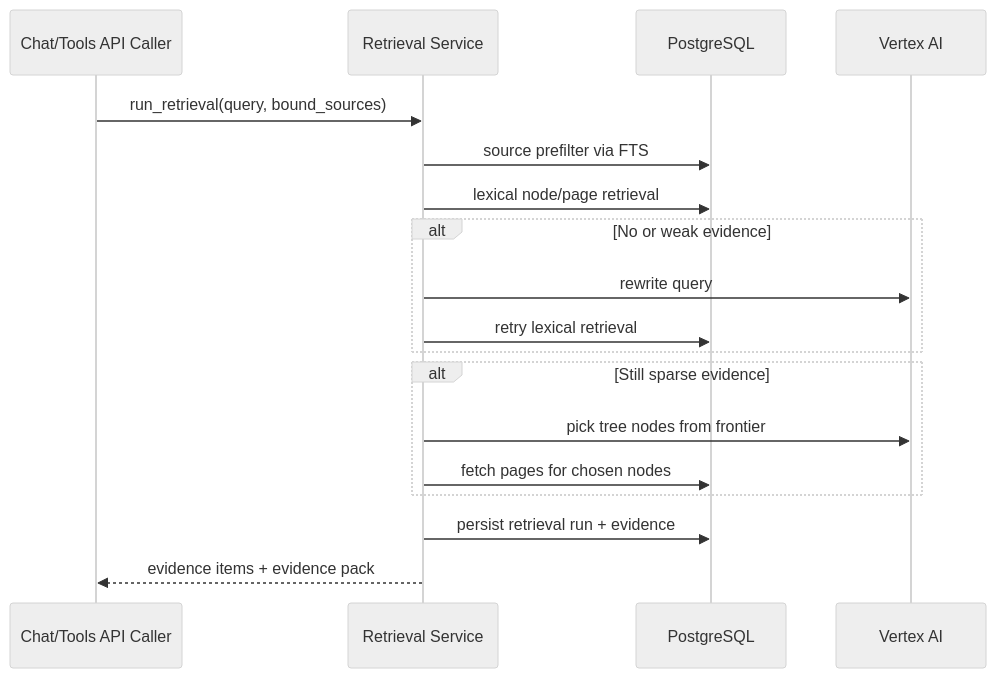
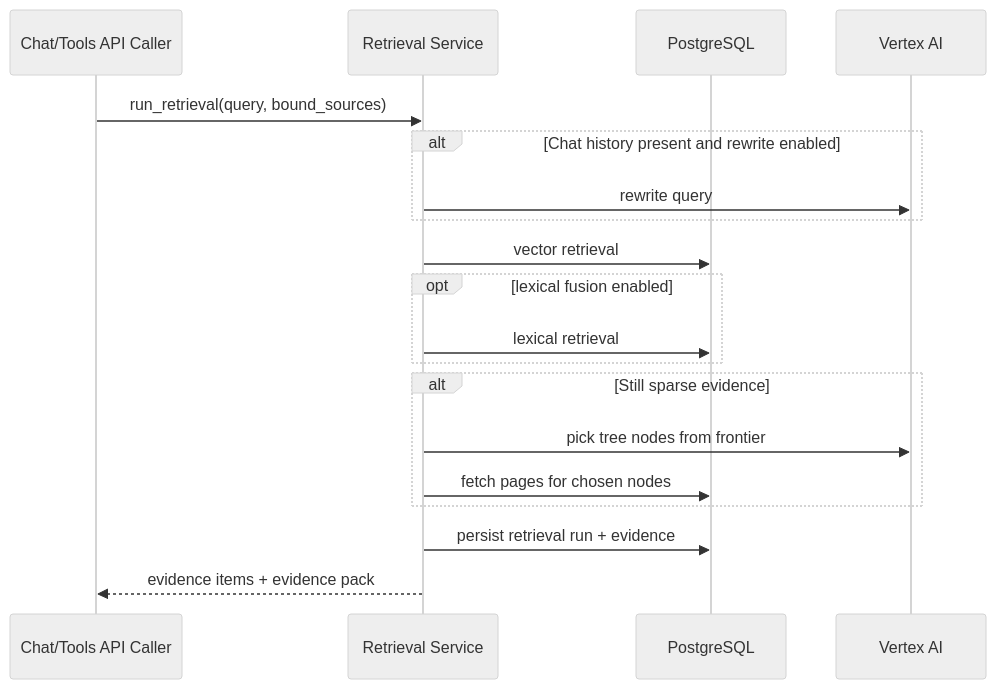
Before and after one commit to ghost1034/bytereview: the second of 2 diagrams in docs/inkwise/INKWISE_PAGEINDEX.md, drawn with Mermaid (neutral theme). The commit also changed other lines of this file and 6 other files, not shown here.

Commit message:
PageIndex to Gemini migration: prevent thread auto-naming from blocking chat

````diff
--- a/docs/inkwise/INKWISE_PAGEINDEX.md
+++ b/docs/inkwise/INKWISE_PAGEINDEX.md
@@ -261,21 +261,22 @@
 ```mermaid
 sequenceDiagram
   participant Client as Chat/Tools API Caller
   participant RET as Retrieval Service
   participant DB as PostgreSQL
   participant Vertex as Vertex AI
 
   Client->>RET: run_retrieval(query, bound_sources)
-  RET->>DB: source prefilter via FTS
-  RET->>DB: lexical node/page retrieval
-  alt No or weak evidence
+  alt Chat history present and rewrite enabled
     RET->>Vertex: rewrite query
-    RET->>DB: retry lexical retrieval
+  end
+  RET->>DB: vector retrieval
+  opt lexical fusion enabled
+    RET->>DB: lexical retrieval
   end
   alt Still sparse evidence
     RET->>Vertex: pick tree nodes from frontier
     RET->>DB: fetch pages for chosen nodes
   end
   RET->>DB: persist retrieval run + evidence
   RET-->>Client: evidence items + evidence pack
 ```
````
